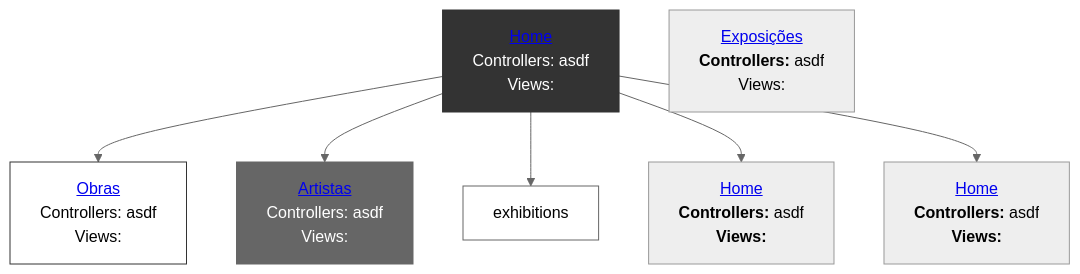
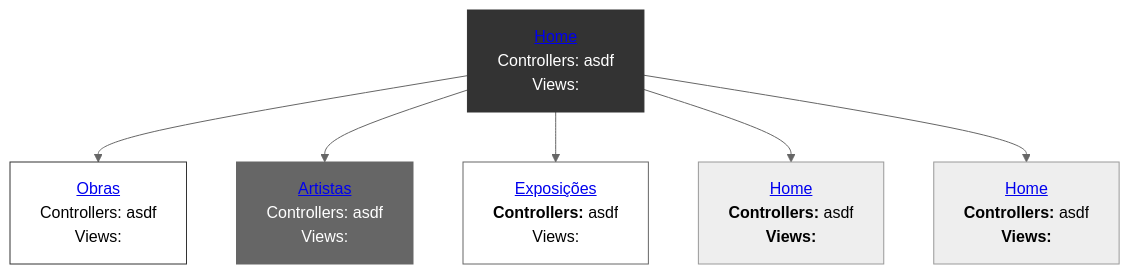
The diagram in README.md (reynaldocv/macusp), drawn with Mermaid (neutral theme) before and after one commit.

````diff
--- a/README.md
+++ b/README.md
@@ -245,23 +245,23 @@
 ```mermaid
 graph TD
     %% Parte superior e inferior del primer puesto
     home["        <a href='http://143.107.130.173/admacervo/macusp/index.php'> Home </a>                 <br> Controllers: asdf <br> Views: "]
     works["       <a href='http://143.107.130.173/admacervo/macusp/index.php/Intro/works'>Obras</a>      <br> Controllers: asdf <br> Views: "]
     artists["     <a href='http://143.107.130.173/admacervo/macusp/index.php/Intro/artists'>Artistas</a>   <br> Controllers: asdf <br> Views:"]
-    exposições["  <a href='http://143.107.130.173/admacervo/macusp/index.php/Intro/exhibitions'>Exposições</a> <br> <strong> Controllers: </strong> asdf <br> Views:"]
-    buscaGeral["  <a href='https://link.com'>Home</a> <br> <strong> Controllers: </strong> asdf <br> <strong> Views: </strong>"]
-    busca["<a href='https://link.com'>Home</a> <br> <strong> Controllers: </strong> asdf <br> <strong> Views: </strong>"]
+    exhibitions["  <a href='http://143.107.130.173/admacervo/macusp/index.php/Intro/exhibitions'>Exposições</a> <br> <strong> Controllers: </strong> asdf <br> Views:"]
+    search["  <a href='https://link.com'>Home</a> <br> <strong> Controllers: </strong> asdf <br> <strong> Views: </strong>"]
+    advancedSearch["<a href='https://link.com'>Home</a> <br> <strong> Controllers: </strong> asdf <br> <strong> Views: </strong>"]
     
     %% Conexión del organigrama (une la parte inferior de uno con la superior del otro)
     home --> works
     home --> artists
     home --> exhibitions
-    home --> busca
-    home --> buscaGeral
+    home --> search
+    home --> advancedSearch
 
     %% Estilos para que parezcan una sola pieza
     style home fill:#333,stroke:#333,color:#fff
     style works fill:#fff,stroke:#333
     style artists fill:#666,stroke:#666,color:#fff
     style exhibitions fill:#fff,stroke:#666
 ```
````
